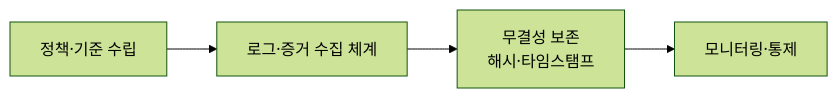
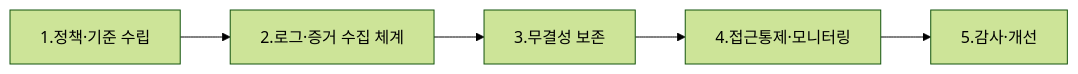
Before and after one commit to coninggu/wjdqhrhksflrltnftk: the second of 2 diagrams in content/anti-forensic.md, drawn with Mermaid (forest theme). The commit also changed other lines of this file and 11 other files, not shown here.

````diff
--- a/content/anti-forensic.md
+++ b/content/anti-forensic.md
@@ -23,6 +34,7 @@
 ```mermaid
 flowchart LR
-  P[정책·기준 수립] --> C[로그·증거 수집 체계]
-  C --> I[무결성 보존<br/>해시·타임스탬프]
-  I --> M[모니터링·통제]
+  P[1.정책·기준 수립] --> L[2.로그·증거 수집 체계]
+  L --> I[3.무결성 보존]
+  I --> M[4.접근통제·모니터링]
+  M --> A[5.감사·개선]
 ```
````
